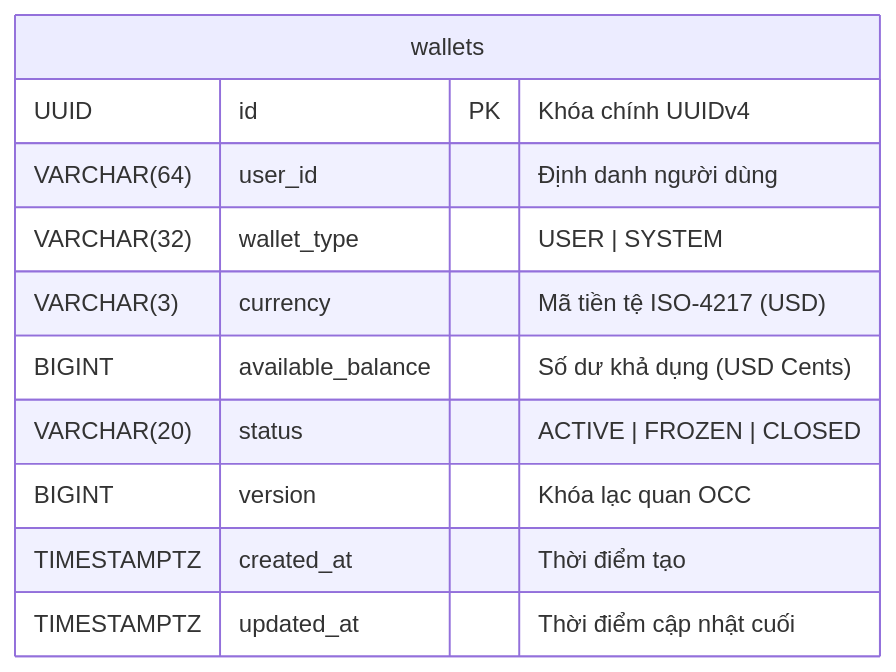
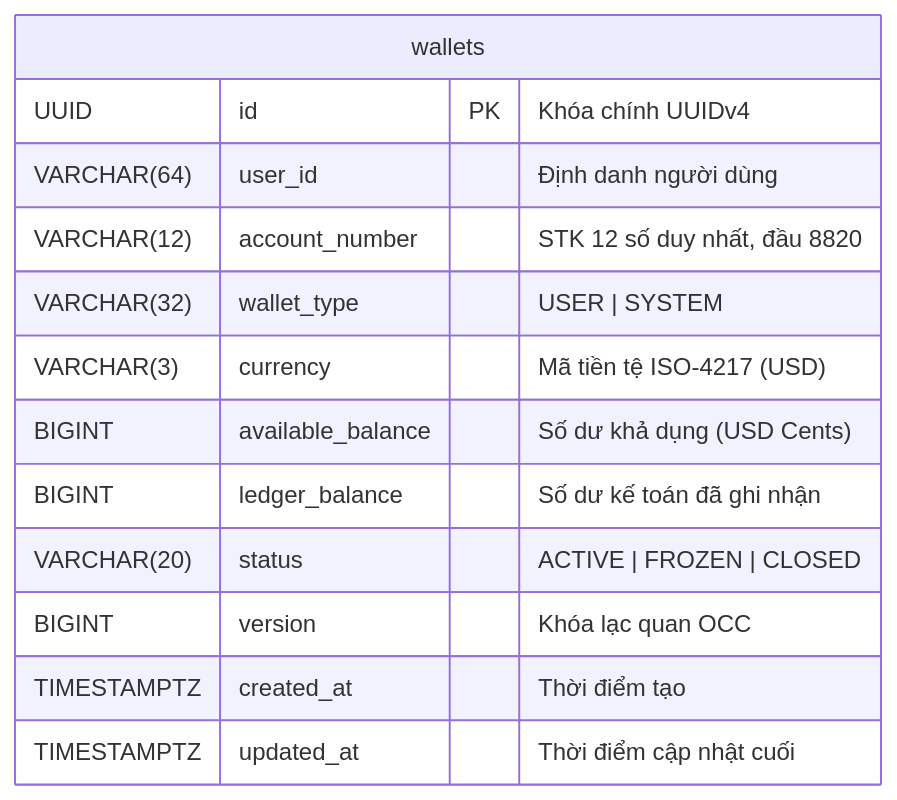
The second of 5 diagrams in docs/diagram/wallet.md (dducsw/mini-digital-wallet), drawn with Mermaid before and after one commit. The commit also changed other lines of this file and 147 other files, not shown here.

````diff
--- a/docs/diagram/wallet.md
+++ b/docs/diagram/wallet.md
@@ -59,14 +59,16 @@
 ```mermaid
 erDiagram
     wallets {
         UUID id PK "Khóa chính UUIDv4"
         VARCHAR(64) user_id "Định danh người dùng"
+        VARCHAR(12) account_number "STK 12 số duy nhất, đầu 8820"
         VARCHAR(32) wallet_type "USER | SYSTEM"
         VARCHAR(3) currency "Mã tiền tệ ISO-4217 (USD)"
         BIGINT available_balance "Số dư khả dụng (USD Cents)"
+        BIGINT ledger_balance "Số dư kế toán đã ghi nhận"
         VARCHAR(20) status "ACTIVE | FROZEN | CLOSED"
         BIGINT version "Khóa lạc quan OCC"
         TIMESTAMPTZ created_at "Thời điểm tạo"
         TIMESTAMPTZ updated_at "Thời điểm cập nhật cuối"
     }
 ```
````
